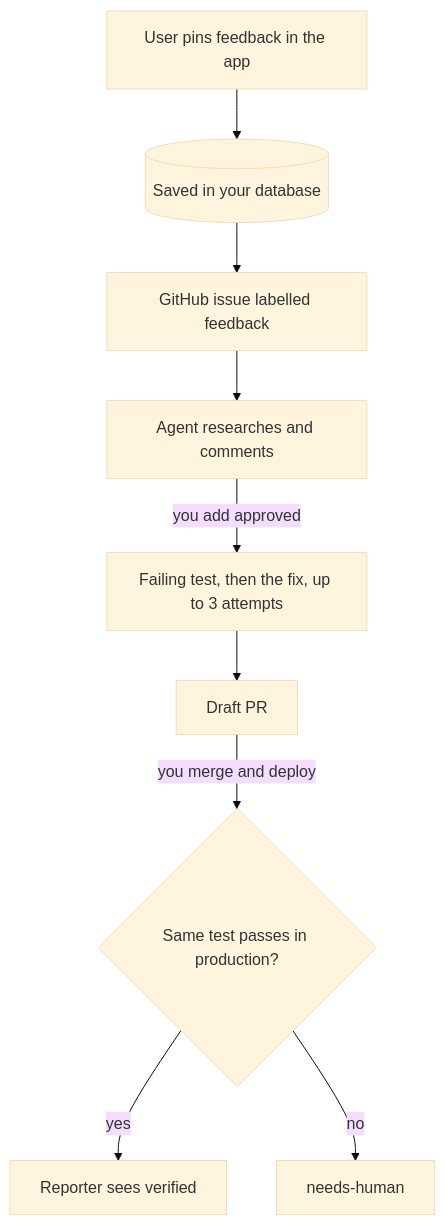
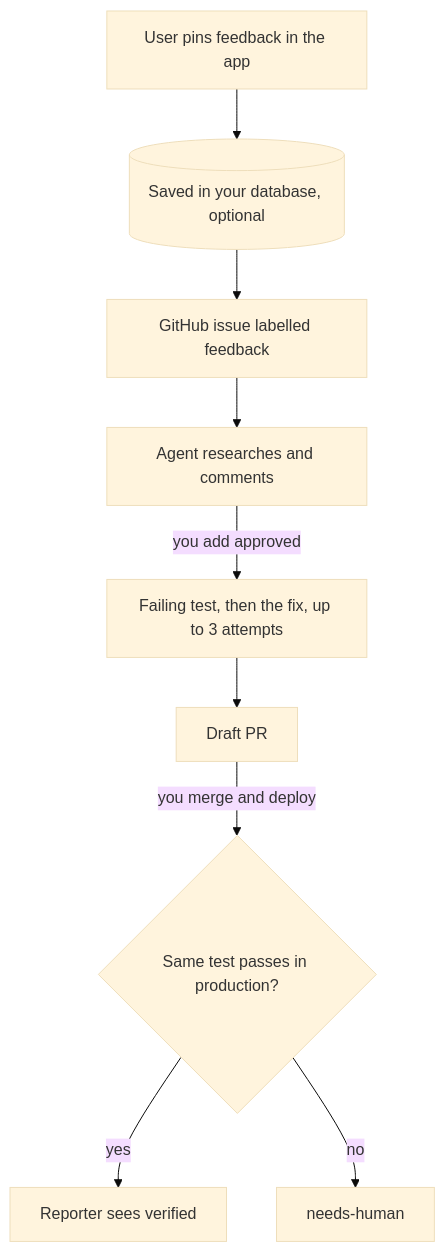
Before and after one commit to AgasiArgent/user-driven-development: the diagram in README.md, drawn with Mermaid (base theme). The commit also changed other lines of this file and 2 other files, not shown here.

````diff
--- a/README.md
+++ b/README.md
@@ -13,11 +13,11 @@
 ```mermaid
 flowchart TD
-  U[User pins feedback in the app] --> Q[(Saved in your database)]
+  U[User pins feedback in the app] --> Q[(Saved in your database, optional)]
   Q --> I[GitHub issue labelled feedback]
   I --> R[Agent researches and comments]
   R -->|you add approved| F[Failing test, then the fix, up to 3 attempts]
   F --> P[Draft PR]
   P -->|you merge and deploy| V{Same test passes in production?}
   V -->|yes| D[Reporter sees verified]
   V -->|no| H[needs-human]
 ```
````
